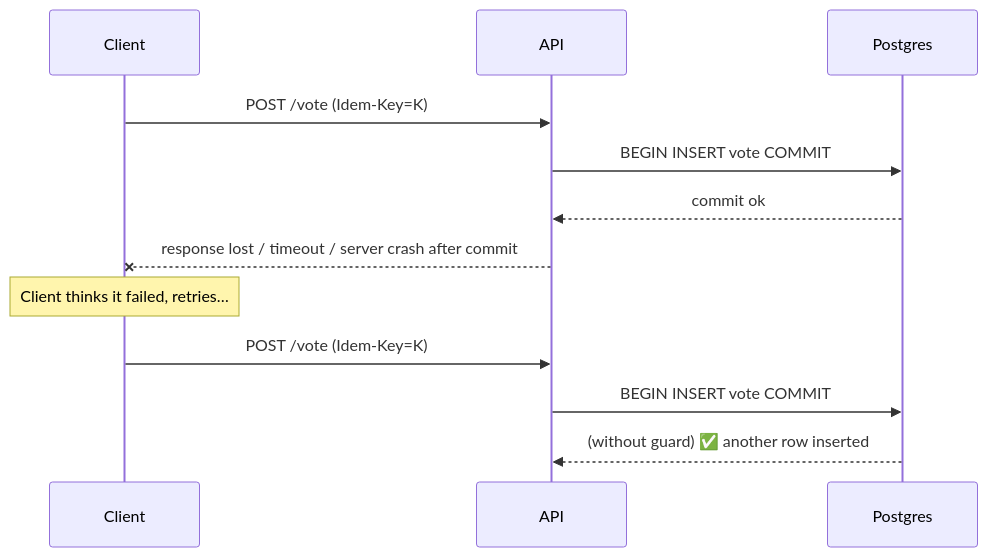
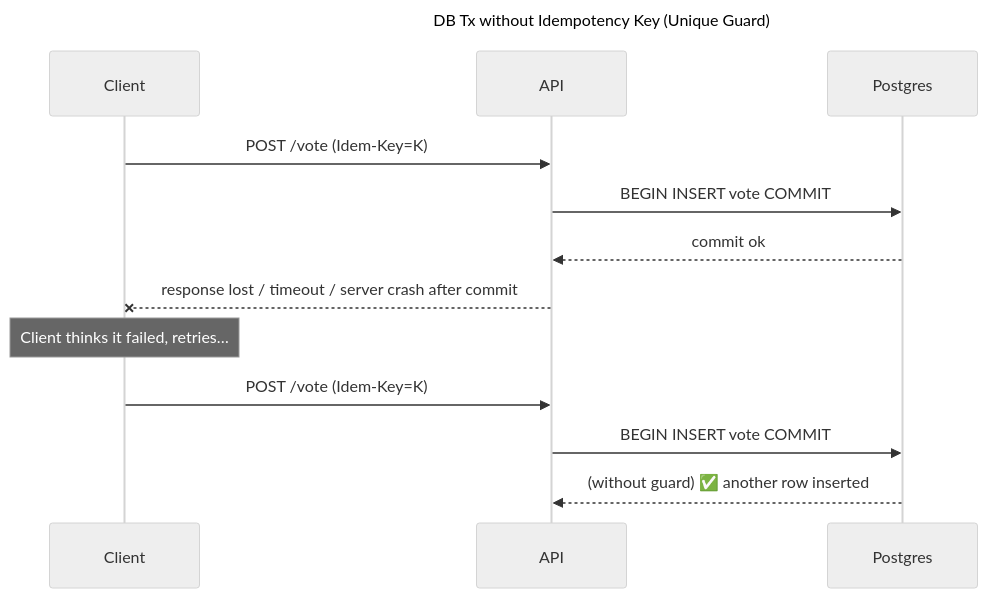
The first of 2 diagrams in idempotency.md (sandbox-as-a-service/docs), drawn with Mermaid before and after one commit. The commit also changed other lines of this file, not shown here.

````diff
--- a/idempotency.md
+++ b/idempotency.md
@@ -1,17 +1,22 @@
 ```mermaid
+---
+title: DB Tx without Idempotency Key (Unique Guard)
+config:
+  theme: neutral
+---
 sequenceDiagram
   participant C as Client
   participant S as API
   participant DB as Postgres
 
   C->>S: POST /vote (Idem-Key=K)
   S->>DB: BEGIN INSERT vote COMMIT
   DB-->>S: commit ok
   S--X C: response lost / timeout / server crash after commit
 
   Note over C: Client thinks it failed, retries…
 
   C->>S: POST /vote (Idem-Key=K)
   S->>DB: BEGIN INSERT vote COMMIT
   DB-->>S: (without guard) ✅ another row inserted
 ```
````
